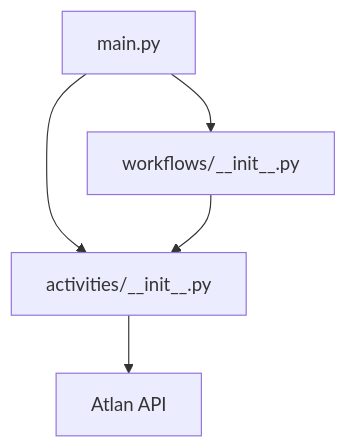
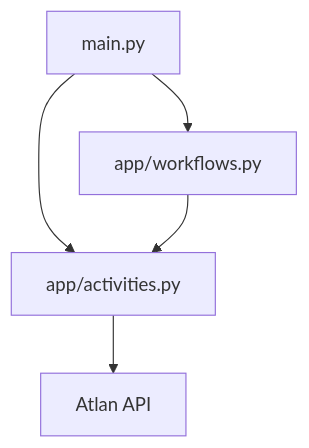
One commit to atlanhq/atlan-sample-apps changed the diagram in freshness_monitor/README.md. Above: the diagram before and after it, drawn with Mermaid. The commit also changed other lines of this file and 11 other files, not shown here.

````diff
--- a/freshness_monitor/README.md
+++ b/freshness_monitor/README.md
@@ -84,7 +84,7 @@
 ```mermaid
 graph TD
-    A[main.py] --> B[workflows/__init__.py]
-    A --> C[activities/__init__.py]
+    A[main.py] --> B[app/workflows.py]
+    A --> C[app/activities.py]
     B --> C
     C --> D[Atlan API]
 ```
````
